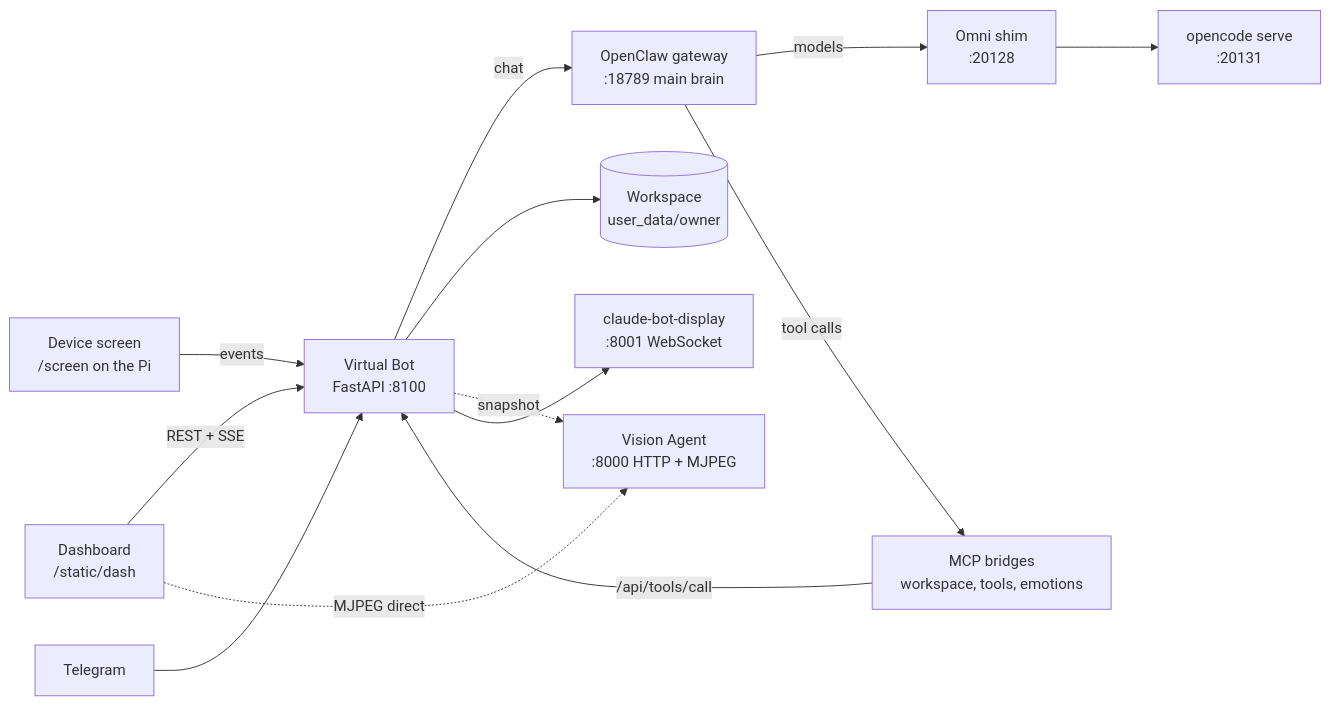
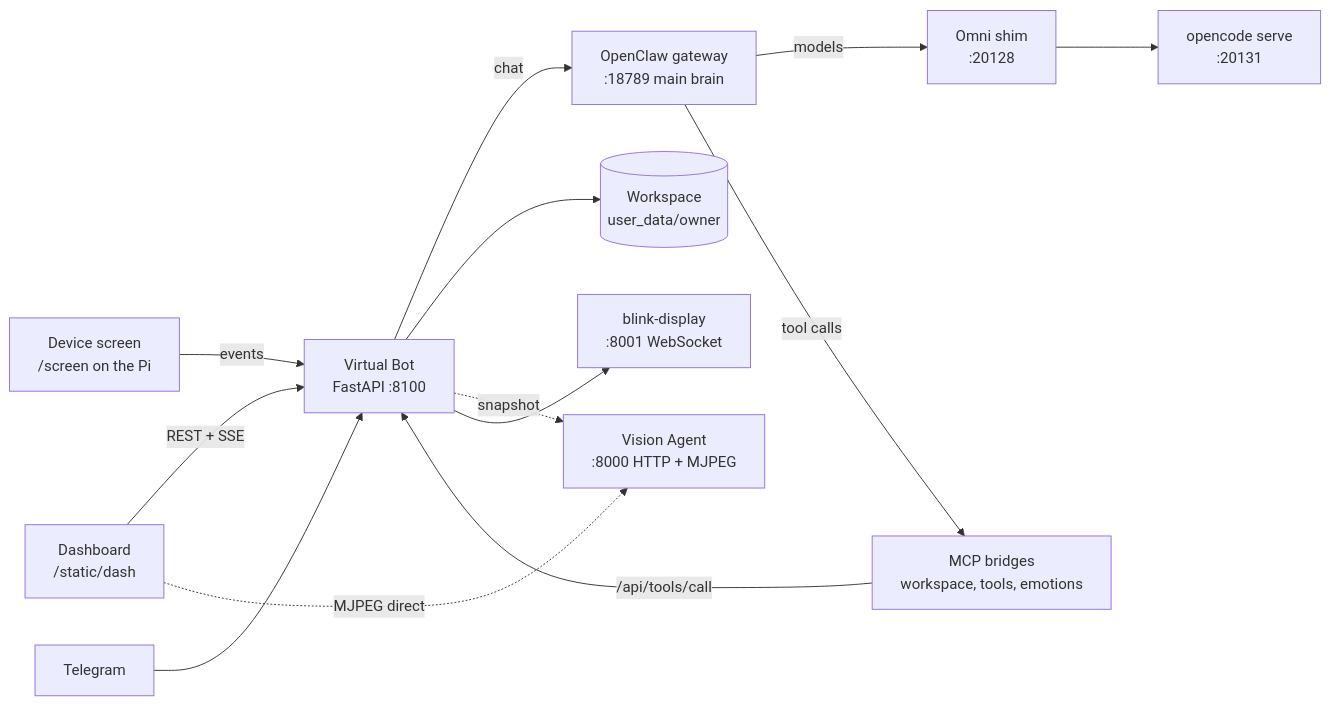
The diagram in docs/diagrams/architecture.mmd (Imlokzu/blinkbot), drawn with Mermaid before and after one commit. The commit also changed 98 other files, not shown here.

Commit message:
refactor: rename app and display folders to Blink

```diff
--- a/docs/diagrams/architecture.mmd
+++ b/docs/diagrams/architecture.mmd
@@ -1,25 +1,25 @@
 flowchart LR
   Dash["Dashboard<br>/static/dash"]
   Screen["Device screen<br>/screen on the Pi"]
   TG["Telegram"]
   VB["Virtual Bot<br>FastAPI :8100"]
   WS[("Workspace<br>user_data/owner")]
   OC["OpenClaw gateway<br>:18789 main brain"]
   MCP["MCP bridges<br>workspace, tools, emotions"]
   Shim["Omni shim<br>:20128"]
   OCS["opencode serve<br>:20131"]
   Vision["Vision Agent<br>:8000 HTTP + MJPEG"]
-  Disp["claude-bot-display<br>:8001 WebSocket"]
+  Disp["blink-display<br>:8001 WebSocket"]
 
   Dash -->|REST + SSE| VB
   Screen -->|events| VB
   TG --> VB
   VB -->|chat| OC
   OC -->|models| Shim
   Shim --> OCS
   OC -->|tool calls| MCP
   MCP -->|/api/tools/call| VB
   VB --> WS
   VB -.->|snapshot| Vision
   Dash -.->|MJPEG direct| Vision
   VB --> Disp
```
